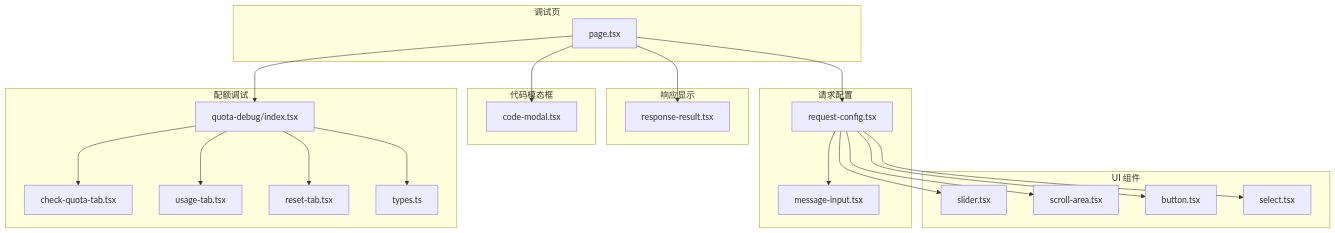
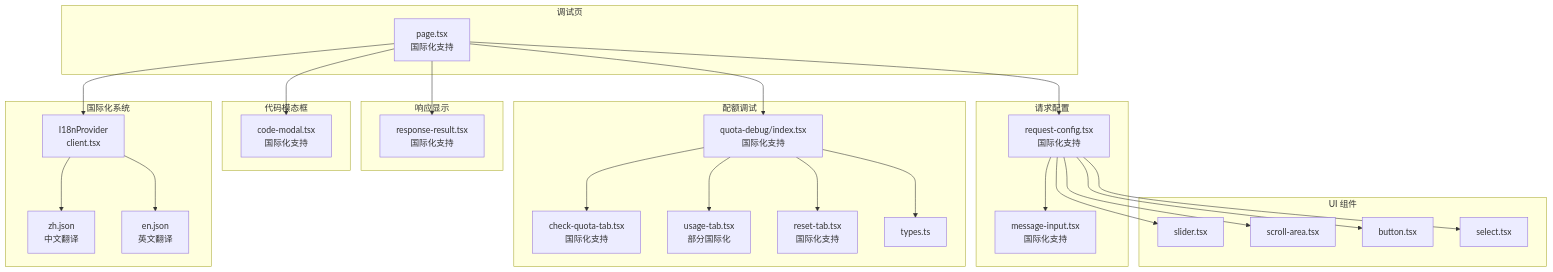
The first of 9 diagrams in .qoder/repowiki/zh/content/管理后台界面/接口调试工具.md (RadiumAg/AIGate), drawn with Mermaid before and after one commit. The commit also changed other lines of this file and 4 other files, not shown here.

````diff
--- a/.qoder/repowiki/zh/content/管理后台界面/接口调试工具.md
+++ b/.qoder/repowiki/zh/content/管理后台界面/接口调试工具.md
@@ -65,42 +72,50 @@
 ```mermaid
 graph TB
 subgraph "调试页"
-DP["page.tsx"]
+DP["page.tsx<br/>国际化支持"]
 end
 subgraph "请求配置"
-RC["request-config.tsx"]
-MI["message-input.tsx"]
+RC["request-config.tsx<br/>国际化支持"]
+MI["message-input.tsx<br/>国际化支持"]
 end
 subgraph "响应显示"
-RR["response-result.tsx"]
+RR["response-result.tsx<br/>国际化支持"]
 end
 subgraph "代码模态框"
-CM["code-modal.tsx"]
+CM["code-modal.tsx<br/>国际化支持"]
 end
 subgraph "配额调试"
-QD["quota-debug/index.tsx"]
-CQT["check-quota-tab.tsx"]
-UT["usage-tab.tsx"]
-RT["reset-tab.tsx"]
+QD["quota-debug/index.tsx<br/>国际化支持"]
+CQT["check-quota-tab.tsx<br/>国际化支持"]
+UT["usage-tab.tsx<br/>部分国际化"]
+RT["reset-tab.tsx<br/>国际化支持"]
 QT["types.ts"]
+end
+subgraph "国际化系统"
+IP["I18nProvider<br/>client.tsx"]
+ZH["zh.json<br/>中文翻译"]
+EN["en.json<br/>英文翻译"]
 end
 subgraph "UI 组件"
 SL["slider.tsx"]
 SC["scroll-area.tsx"]
 BT["button.tsx"]
 SEL["select.tsx"]
 end
 DP --> RC
 DP --> RR
 DP --> CM
 DP --> QD
+DP --> IP
 RC --> MI
 RC --> SL
 RC --> SC
 RC --> BT
 RC --> SEL
 QD --> CQT
 QD --> UT
 QD --> RT
 QD --> QT
+IP --> ZH
+IP --> EN
 ```
````
